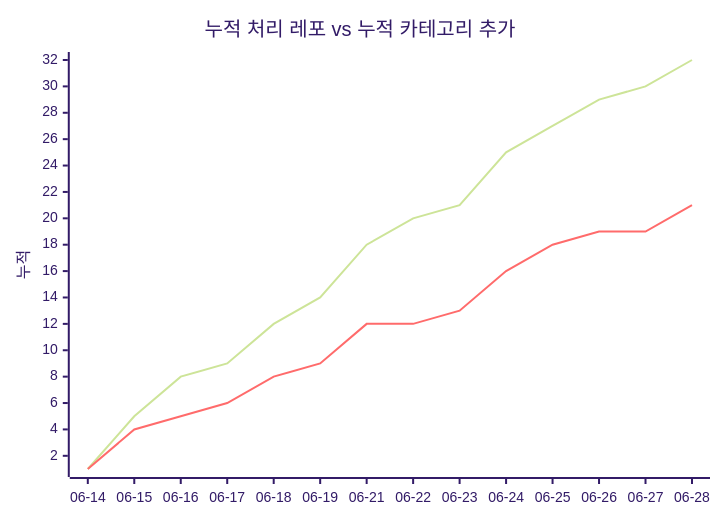
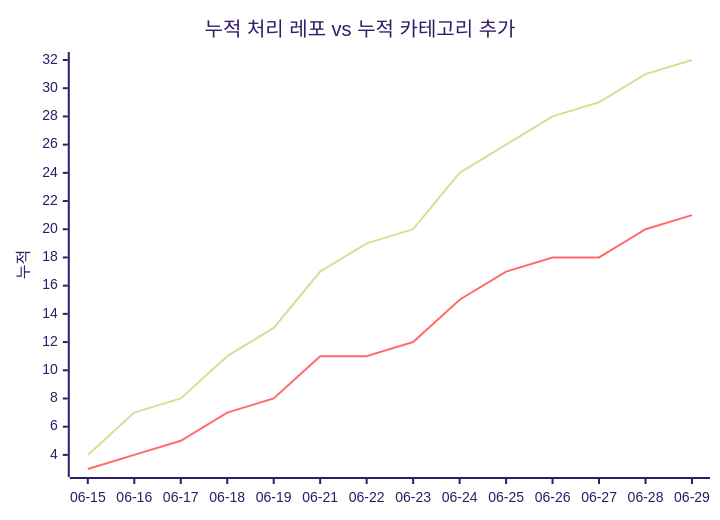
The second of 2 diagrams in docs/trends.md (J-nowcow/awesome-korean-agent-skills), drawn with Mermaid (forest theme) before and after one commit. The commit also changed other lines of this file and 3 other files, not shown here.

````diff
--- a/docs/trends.md
+++ b/docs/trends.md
@@ -68,8 +68,8 @@
 ```mermaid
 xychart-beta
     title "누적 처리 레포 vs 누적 카테고리 추가"
-    x-axis ["06-14","06-15","06-16","06-17","06-18","06-19","06-21","06-22","06-23","06-24","06-25","06-26","06-27","06-28"]
+    x-axis ["06-15","06-16","06-17","06-18","06-19","06-21","06-22","06-23","06-24","06-25","06-26","06-27","06-28","06-29"]
     y-axis "누적"
-    line [1,5,8,9,12,14,18,20,21,25,27,29,30,32]
-    line [1,4,5,6,8,9,12,12,13,16,18,19,19,21]
+    line [4,7,8,11,13,17,19,20,24,26,28,29,31,32]
+    line [3,4,5,7,8,11,11,12,15,17,18,18,20,21]
 ```
````
